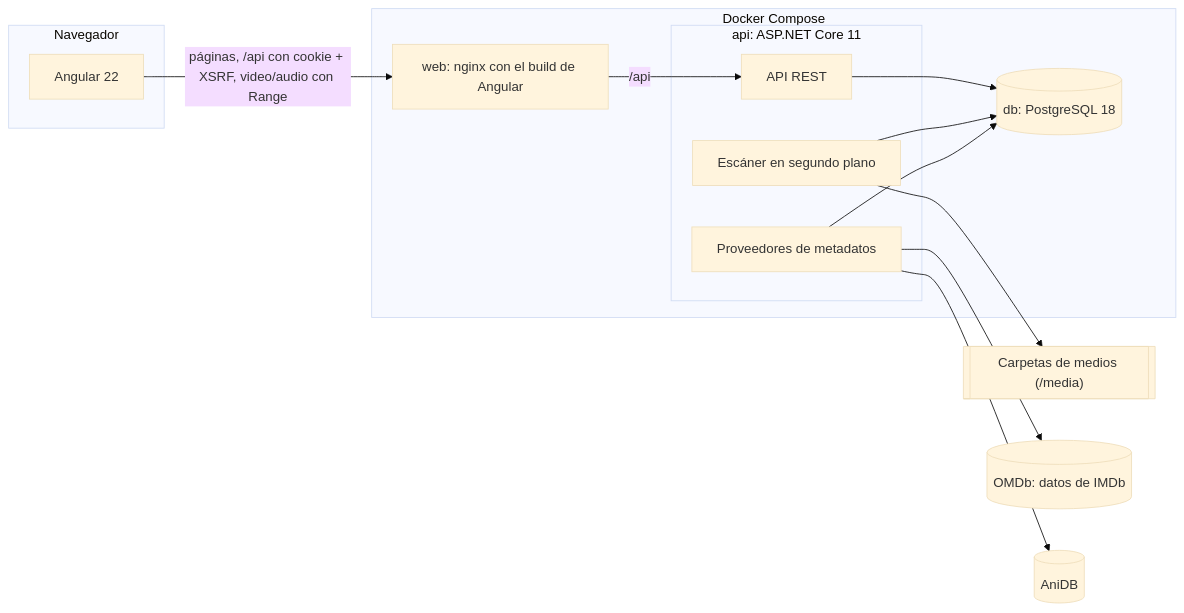
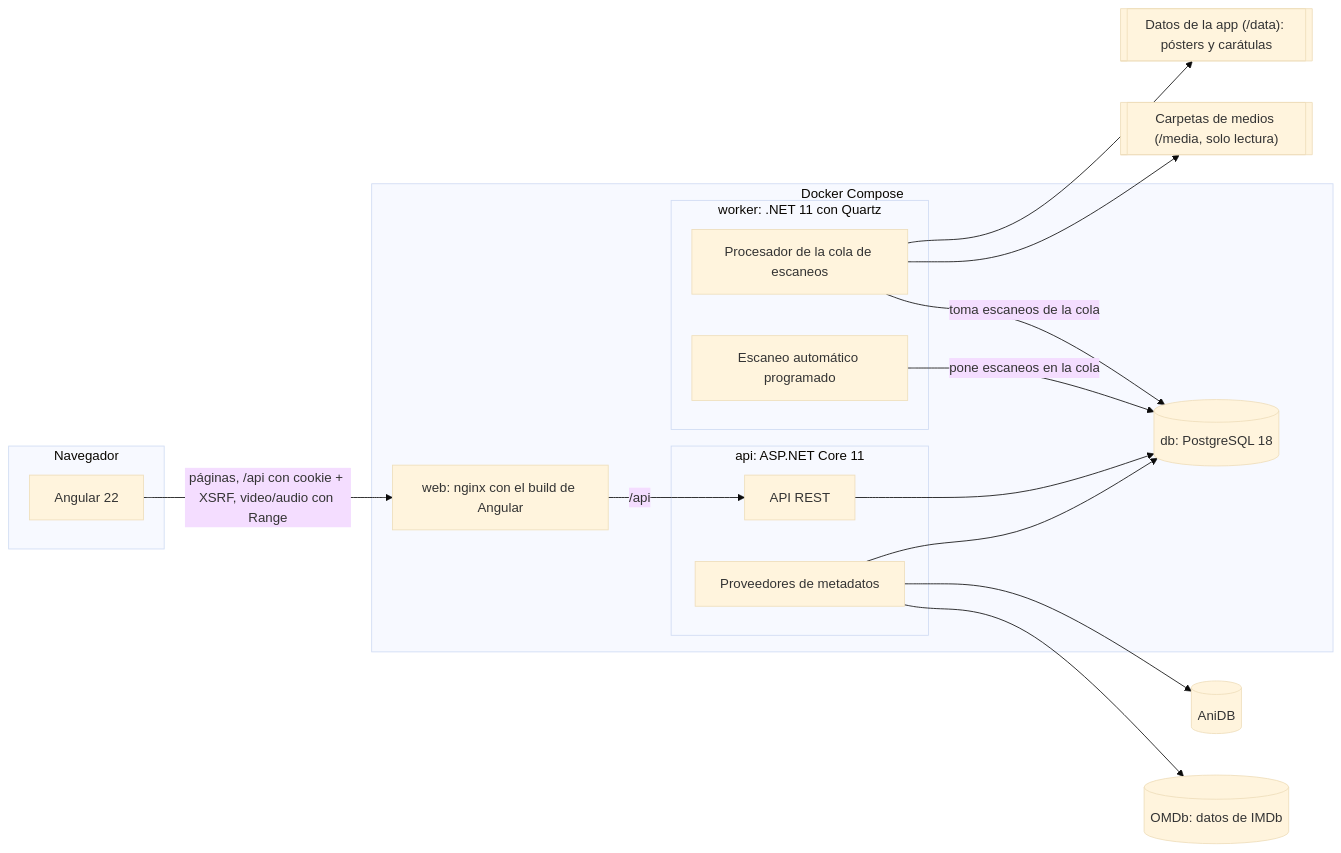
Before and after one commit to RafaelLeonTorres/mediateca: the first of 2 diagrams in PLAN.md, drawn with Mermaid (base theme). The commit also changed other lines of this file and 103 other files, not shown here.

First line of the commit message:
Fase 2: bibliotecas, escaneo en un worker con Quartz y pantallas para explorar

````diff
--- a/PLAN.md
+++ b/PLAN.md
@@ -61,26 +63,32 @@
 ```mermaid
 flowchart LR
   subgraph Navegador
     UI[Angular 22]
   end
   subgraph Compose["Docker Compose"]
     WEB["web: nginx con el build de Angular"]
     subgraph APIC["api: ASP.NET Core 11"]
       API[API REST]
-      SCAN[Escáner en segundo plano]
       META[Proveedores de metadatos]
+    end
+    subgraph WORKERC["worker: .NET 11 con Quartz"]
+      SCAN[Procesador de la cola de escaneos]
+      CRON[Escaneo automático programado]
     end
     DB[("db: PostgreSQL 18")]
   end
-  FS[["Carpetas de medios (/media)"]]
+  FS[["Carpetas de medios (/media, solo lectura)"]]
+  DATA[["Datos de la app (/data): pósters y carátulas"]]
   OMDB[(OMDb: datos de IMDb)]
   ANIDB[(AniDB)]
   UI -- "páginas, /api con cookie + XSRF, video/audio con Range" --> WEB
   WEB -- "/api" --> API
   API --> DB
+  SCAN -- "toma escaneos de la cola" --> DB
+  CRON -- "pone escaneos en la cola" --> DB
   SCAN --> FS
-  SCAN --> DB
+  SCAN --> DATA
   META --> OMDB
   META --> ANIDB
   META --> DB
 ```
````
